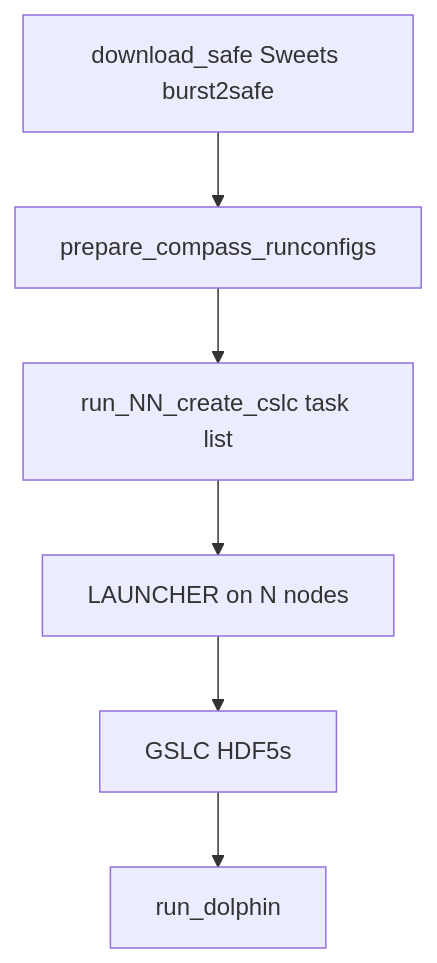
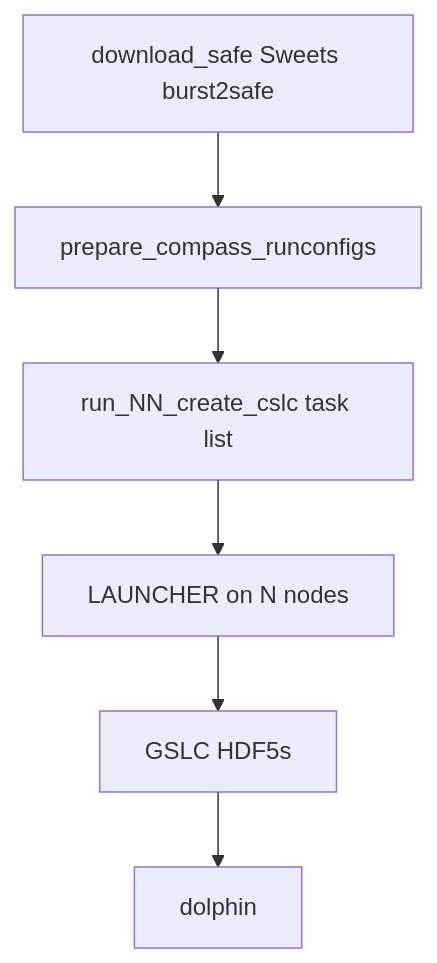
The first of 2 diagrams in architecture_docs/ISCE3_HPC_opportunities.md (geodesymiami/minsar), drawn with Mermaid before and after one commit. The commit also changed other lines of this file and 9 other files, not shown here.

````diff
--- a/architecture_docs/ISCE3_HPC_opportunities.md
+++ b/architecture_docs/ISCE3_HPC_opportunities.md
@@ -59,10 +59,10 @@
 ```mermaid
 flowchart TD
   download[download_safe Sweets burst2safe]
   prep[prepare_compass_runconfigs]
   tasks[run_NN_create_cslc task list]
   launcher[LAUNCHER on N nodes]
   cslcOut[GSLC HDF5s]
-  dolphin[run_dolphin]
+  dolphin[dolphin]
   download --> prep --> tasks --> launcher --> cslcOut --> dolphin
 ```
````
